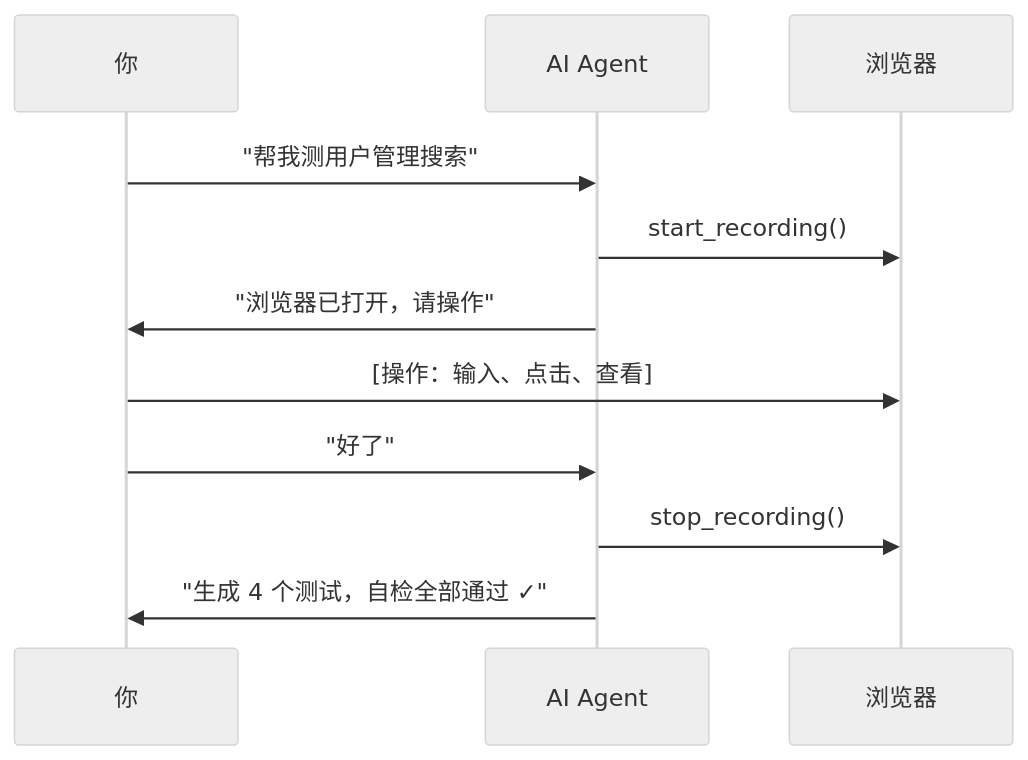
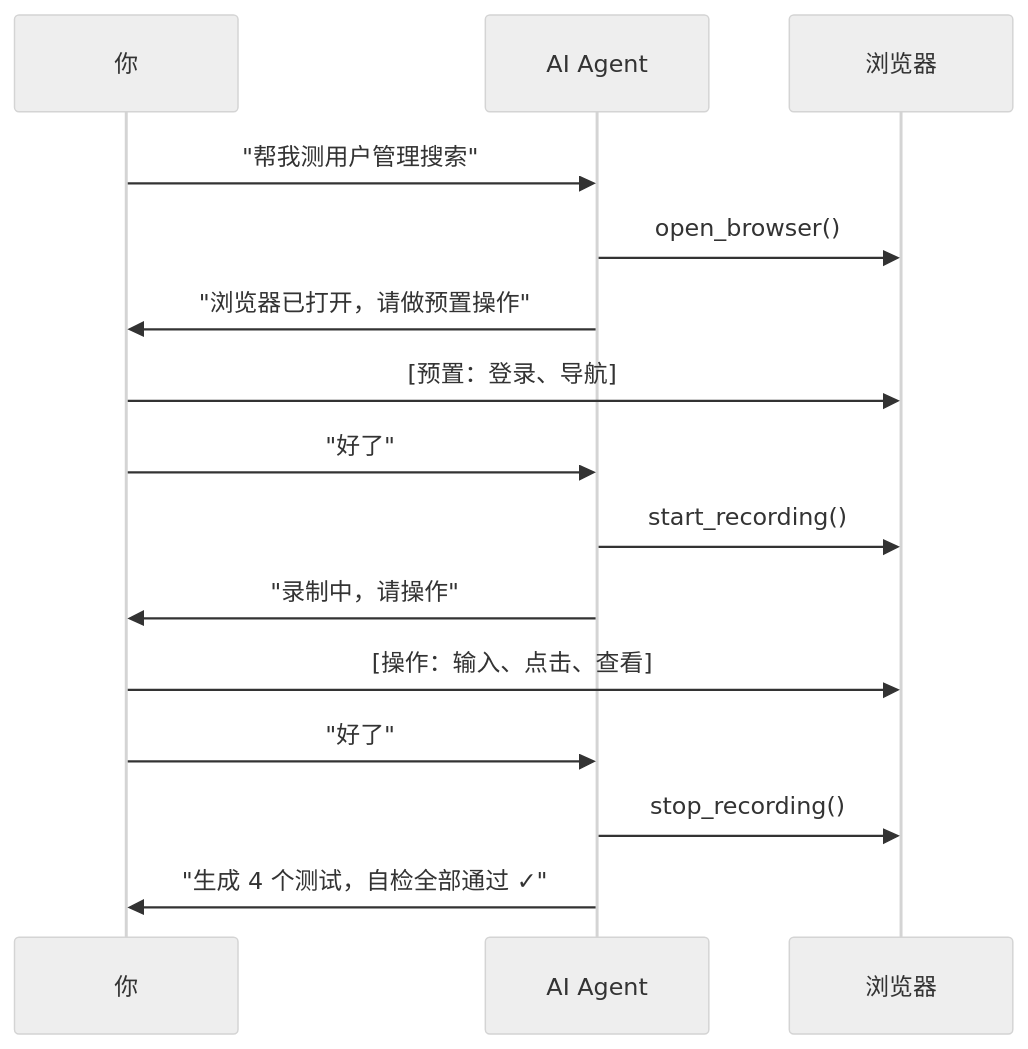
One commit to timgunnar/UIBridge changed the fourth of 4 diagrams in README.md. Above: the diagram before and after it, drawn with Mermaid (neutral theme). The commit also changed other lines of this file and 33 other files, not shown here.

````diff
--- a/README.md
+++ b/README.md
@@ -120,14 +121,18 @@
 ```mermaid
 sequenceDiagram
     participant U as 你
     participant A as AI Agent
     participant B as 浏览器
 
     U->>A: "帮我测用户管理搜索"
+    A->>B: open_browser()
+    A->>U: "浏览器已打开，请做预置操作"
+    U->>B: [预置：登录、导航]
+    U->>A: "好了"
     A->>B: start_recording()
-    A->>U: "浏览器已打开，请操作"
+    A->>U: "录制中，请操作"
     U->>B: [操作：输入、点击、查看]
     U->>A: "好了"
     A->>B: stop_recording()
     A->>U: "生成 4 个测试，自检全部通过 ✓"
 ```
````
